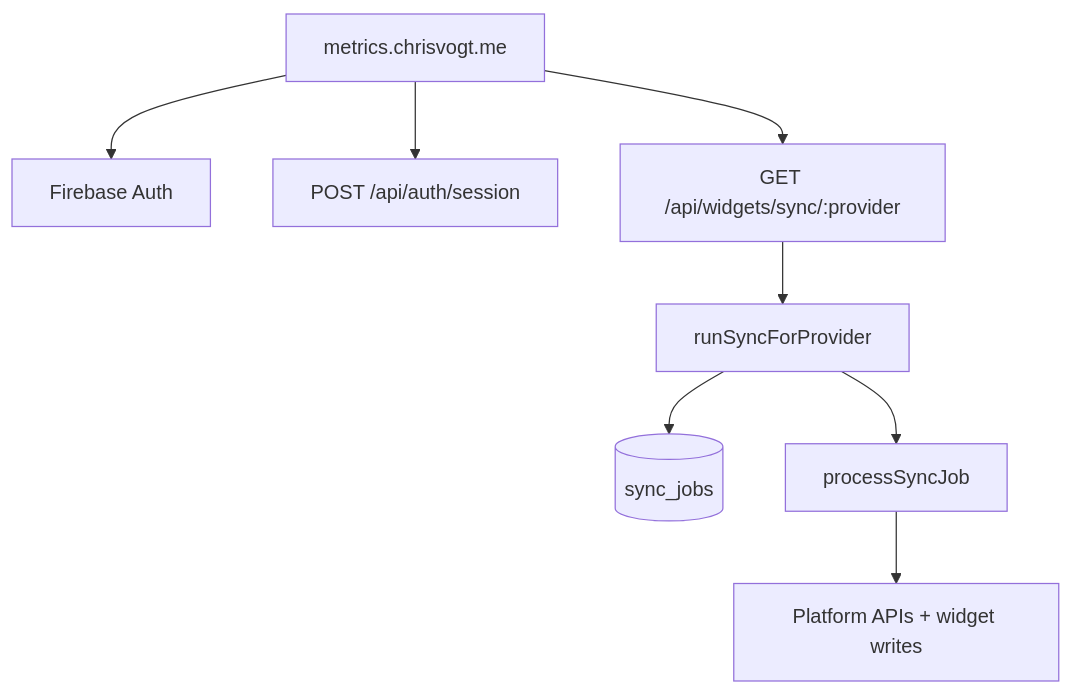
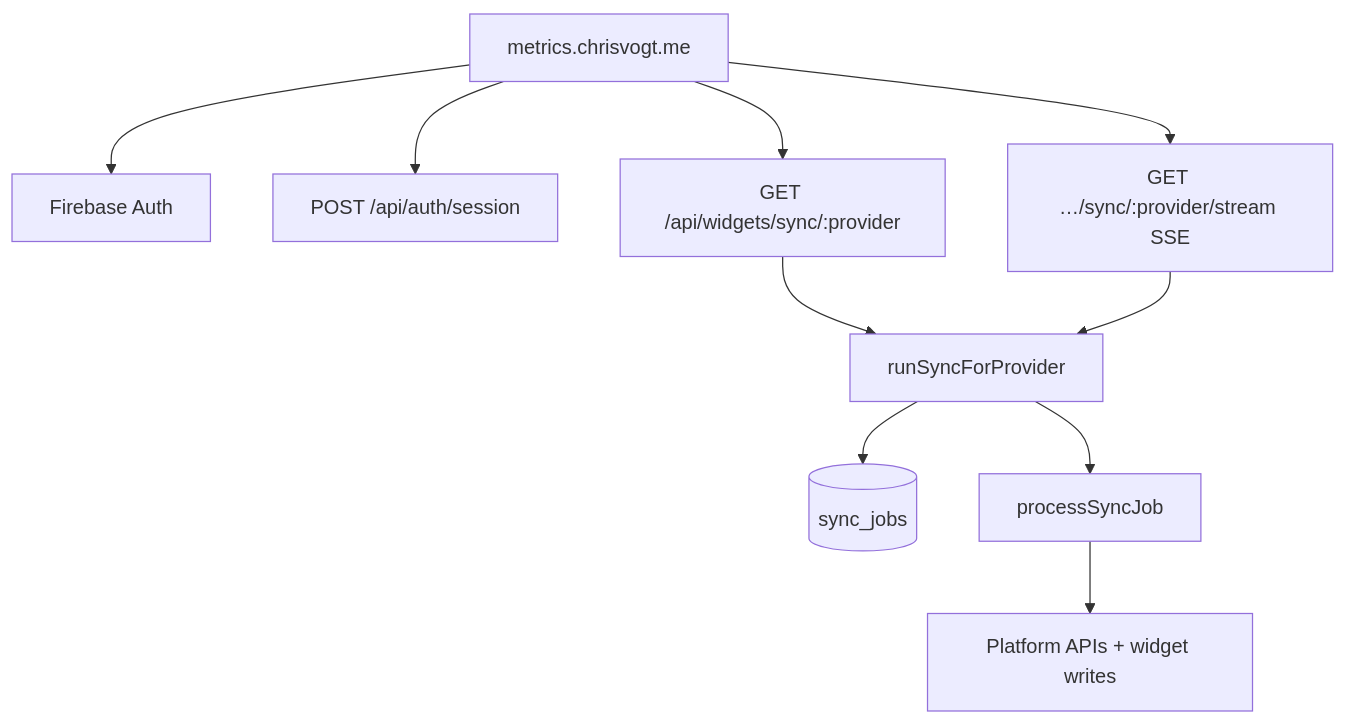
One commit to chrisvogt/metrics changed the third of 3 diagrams in README.md. Above: the diagram before and after it, drawn with Mermaid. The commit also changed other lines of this file and 39 other files, not shown here.

First line of the commit message:
feat: manual sync SSE, schema & docs (hosting 0.5 / functions 0.25) (#194)

````diff
--- a/README.md
+++ b/README.md
@@ -64,10 +64,12 @@
 ```mermaid
 flowchart TB
   admin[metrics.chrisvogt.me] --> auth[Firebase Auth]
   admin --> sess[POST /api/auth/session]
   admin --> sync[GET /api/widgets/sync/:provider]
+  admin --> stream[GET …/sync/:provider/stream SSE]
   sync --> fn[runSyncForProvider]
+  stream --> fn
   fn --> q[(sync_jobs)]
   fn --> job[processSyncJob]
   job --> out[Platform APIs + widget writes]
 ```
````
